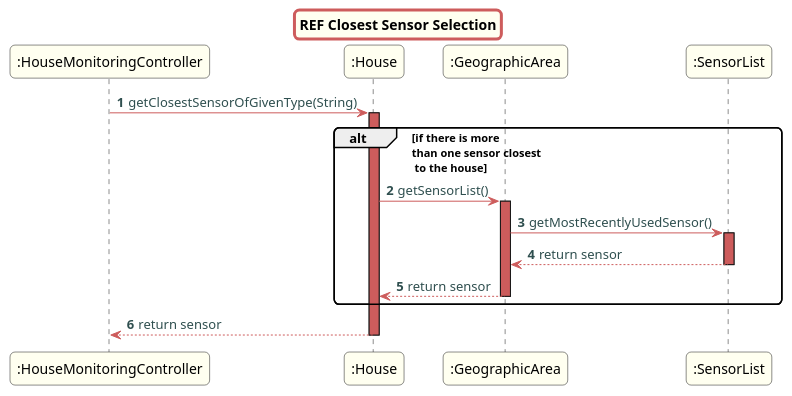
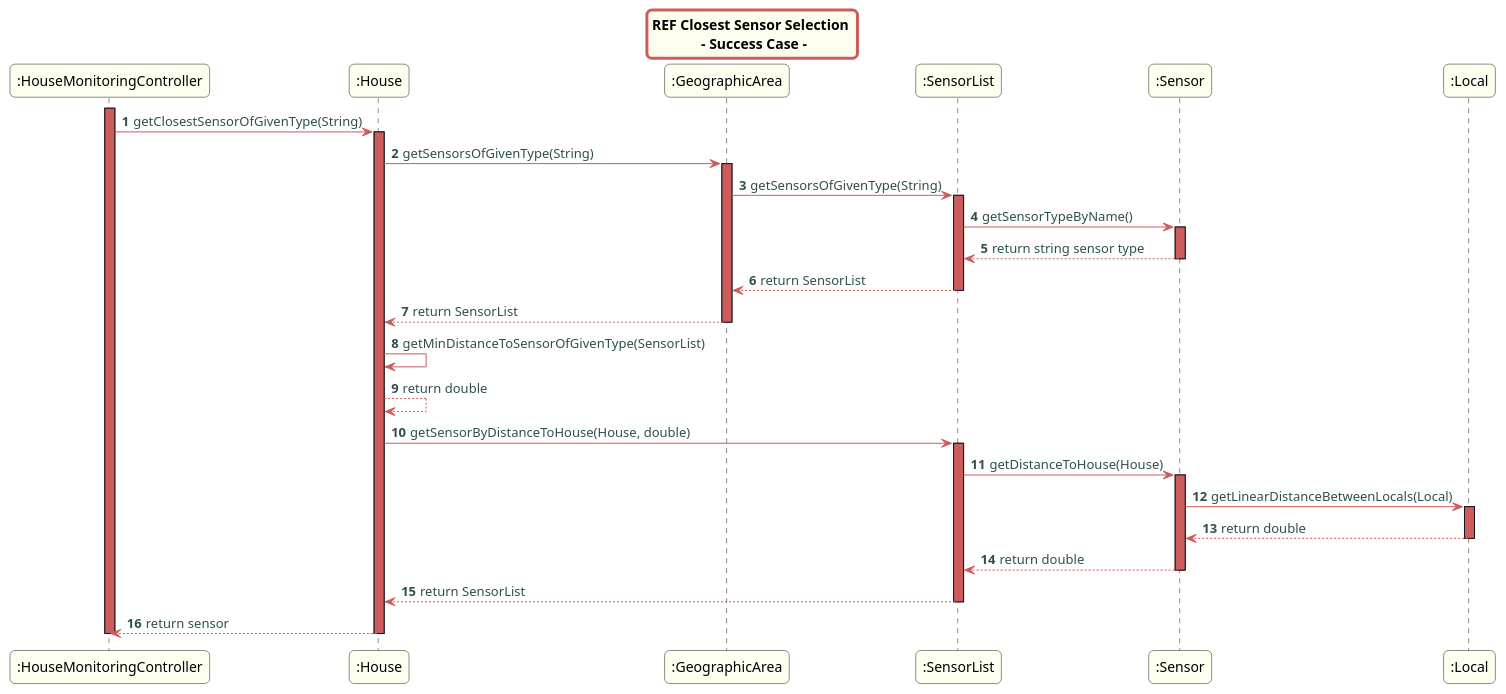
One commit to Almadanmp/project changed the diagram in src/doc/Controllers/HouseMonitoring/US633/US633_sd_REF_SensorSelection.puml. Above: the diagram before and after it, drawn with PlantUML.

Commit message:
#161 updates UML sequence diagram Sensor REF

```diff
--- a/src/doc/Controllers/HouseMonitoring/US633/US633_sd_REF_SensorSelection.puml
+++ b/src/doc/Controllers/HouseMonitoring/US633/US633_sd_REF_SensorSelection.puml
@@ -1,44 +1,65 @@
 @startuml
 skinparam titleBorderRoundCorner 10
 skinparam titleBorderThickness 3
 skinparam titleBorderColor indianred
 skinparam titleBackgroundColor ivory
 skinparam FontName quicksand
 
 skinparam actor {
   BorderColor indianred
   }
 
 skinparam sequence {
   LifeLineBackgroundColor indianred
   ParticipantBackgroundColor ivory
 }
 
 skinparam roundcorner 10
 
 skinparam component {
   arrowThickness 1
   ArrowFontName Verdana
   ArrowColor indianred
   ArrowFontColor darkslategrey
 }
 
-title REF Closest Sensor Selection
+title REF Closest Sensor Selection \n - Success Case -
 autonumber
 
+activate ":HouseMonitoringController"
 ":HouseMonitoringController"->":House":getClosestSensorOfGivenType(String)
 activate ":House"
-alt if there is more \nthan one sensor closest\n to the house
-":House"->":GeographicArea":getSensorList()
-activate ":GeographicArea"
-":GeographicArea"->":SensorList":getMostRecentlyUsedSensor()
+":House" -> ":GeographicArea": getSensorsOfGivenType(String)
+ activate ":GeographicArea"
+
+":GeographicArea" -> ":SensorList": getSensorsOfGivenType(String)
+
 activate ":SensorList"
-":SensorList"-->":GeographicArea": return sensor
+":SensorList" -> ":Sensor": getSensorTypeByName()
+activate ":Sensor"
+":Sensor" --> ":SensorList": return string sensor type
+deactivate ":Sensor"
+":SensorList" --> ":GeographicArea": return SensorList
 deactivate ":SensorList"
-":GeographicArea"-->":House": return sensor
+":GeographicArea" --> ":House": return SensorList
 deactivate ":GeographicArea"
-end
+
+":House" -> ":House": getMinDistanceToSensorOfGivenType(SensorList)
+":House" --> ":House": return double
+":House" -> ":SensorList": getSensorByDistanceToHouse(House, double)
+activate ":SensorList"
+":SensorList" -> ":Sensor": getDistanceToHouse(House)
+activate ":Sensor"
+":Sensor" -> ":Local": getLinearDistanceBetweenLocals(Local)
+activate ":Local"
+":Local" --> ":Sensor": return double
+deactivate ":Local"
+":Sensor" --> ":SensorList": return double
+deactivate ":Sensor"
+":SensorList" --> ":House": return SensorList
+deactivate ":SensorList"
 ":House"-->":HouseMonitoringController": return sensor
 deactivate ":House"
+deactivate ":HouseMonitoringController"
 
 @enduml
```
